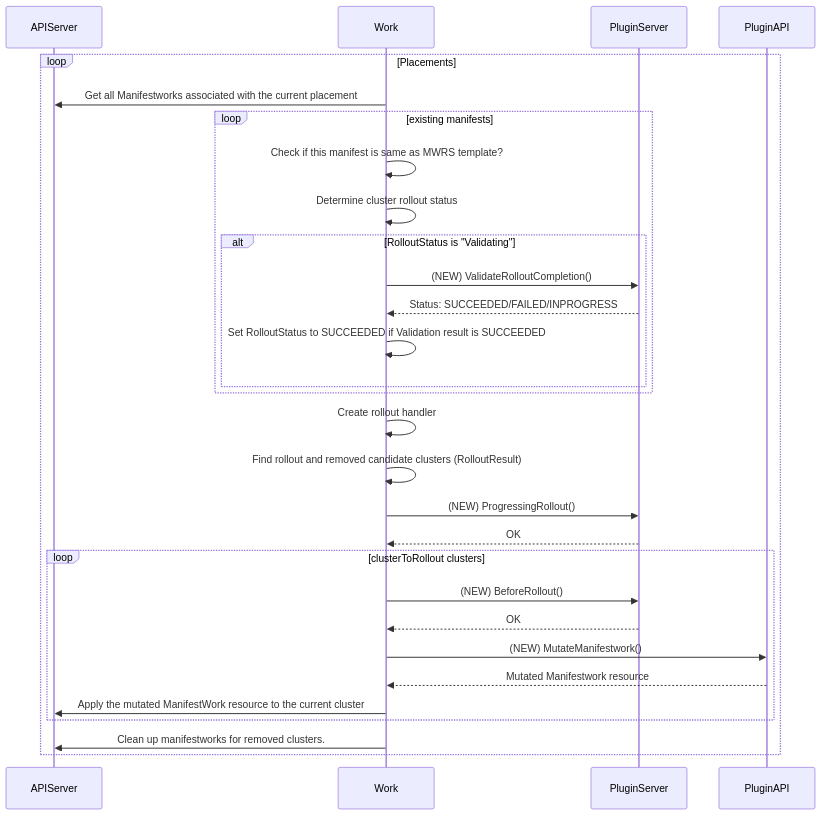
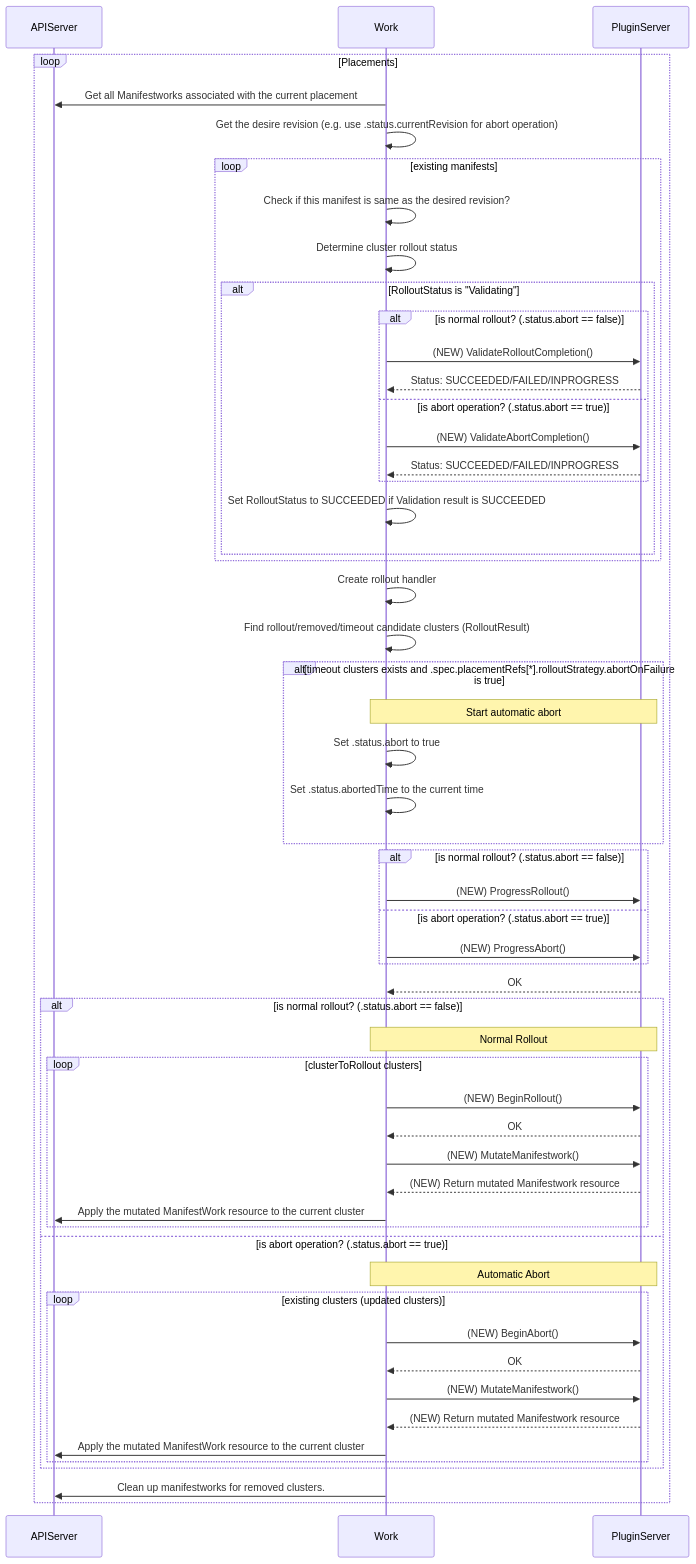
One commit to open-cluster-management-io/enhancements changed the second of 3 diagrams in enhancements/sig-architecture/227-manifestworkreplicaset-rollout-plugin/README.md. Above: the diagram before and after it, drawn with Mermaid. The commit also changed other lines of this file and 1 other file, not shown here.

````diff
--- a/enhancements/sig-architecture/227-manifestworkreplicaset-rollout-plugin/README.md
+++ b/enhancements/sig-architecture/227-manifestworkreplicaset-rollout-plugin/README.md
@@ -129,32 +117,59 @@
 ```mermaid
 sequenceDiagram
     participant APIServer
     participant Work
     participant PluginServer
 
     loop Placements
         Work->>APIServer: Get all Manifestworks associated with the current placement
+        Work->>Work: Get the desire revision (e.g. use .status.currentRevision for abort operation)
         loop existing manifests
-            Work->>Work: Check if this manifest is same as MWRS template?
+            Work->>Work: Check if this manifest is same as the desired revision?
             Work->>Work: Determine cluster rollout status
             alt RolloutStatus is "Validating"
+                alt is normal rollout? (.status.abort == false)
                 Work->>PluginServer: (NEW) ValidateRolloutCompletion()
                 PluginServer-->>Work: Status: SUCCEEDED/FAILED/INPROGRESS
+                else is abort operation? (.status.abort == true)
+                Work->>PluginServer: (NEW) ValidateAbortCompletion()
+                PluginServer-->>Work: Status: SUCCEEDED/FAILED/INPROGRESS
+                end
                 Work->>Work: Set RolloutStatus to SUCCEEDED if Validation result is SUCCEEDED
             end
         end
         Work->>Work: Create rollout handler
-        Work->>Work: Find rollout and removed candidate clusters (RolloutResult)
-        Work->>PluginServer: (NEW) ProgressingRollout()
+        Work->>Work: Find rollout/removed/timeout candidate clusters (RolloutResult)
+        alt timeout clusters exists and .spec.placementRefs[*].rolloutStrategy.abortOnFailure is true
+          Note over Work, PluginServer: Start automatic abort
+          Work->>Work: Set .status.abort to true
+          Work->>Work: Set .status.abortedTime to the current time
+        end
+        alt is normal rollout? (.status.abort == false)
+          Work->>PluginServer: (NEW) ProgressRollout()
+        else is abort operation? (.status.abort == true)
+          Work->>PluginServer: (NEW) ProgressAbort()
+        end
         PluginServer-->>Work: OK
-        loop clusterToRollout clusters
-            Work->>PluginServer: (NEW) BeforeRollout()
-            PluginServer-->>Work: OK
-            Work->>PluginAPI: (NEW) MutateManifestwork()
-            PluginAPI-->>Work: Mutated Manifestwork resource
-            Work->>APIServer: Apply the mutated ManifestWork resource to the current cluster
+        alt is normal rollout? (.status.abort == false)
+          Note over Work, PluginServer: Normal Rollout
+          loop clusterToRollout clusters
+              Work->>PluginServer: (NEW) BeginRollout()
+              PluginServer-->>Work: OK
+              Work->>PluginServer: (NEW) MutateManifestwork()
+              PluginServer-->>Work: (NEW) Return mutated Manifestwork resource
+              Work->>APIServer: Apply the mutated ManifestWork resource to the current cluster
+          end
+        else is abort operation? (.status.abort == true)
+          Note over Work, PluginServer: Automatic Abort
+          loop existing clusters (updated clusters)
+              Work->>PluginServer: (NEW) BeginAbort()
+              PluginServer-->>Work: OK
+              Work->>PluginServer: (NEW) MutateManifestwork()
+              PluginServer-->>Work: (NEW) Return mutated Manifestwork resource
+              Work->>APIServer: Apply the mutated ManifestWork resource to the current cluster
+          end
         end
         Work->>APIServer: Clean up manifestworks for removed clusters.
     end
 
 ```
````
